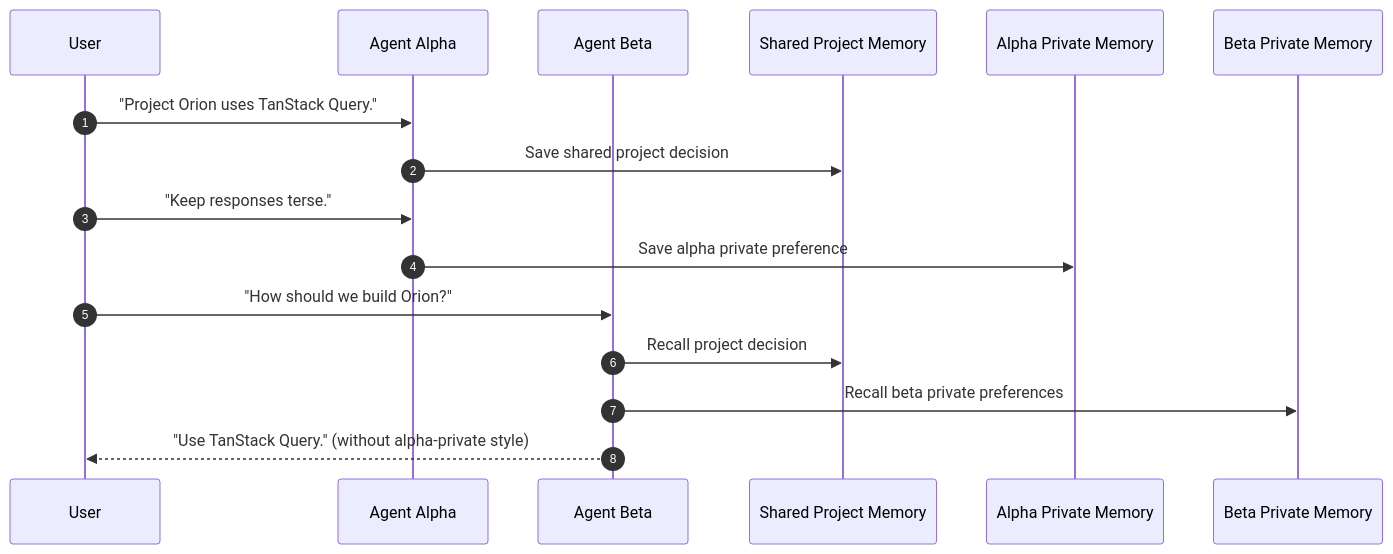
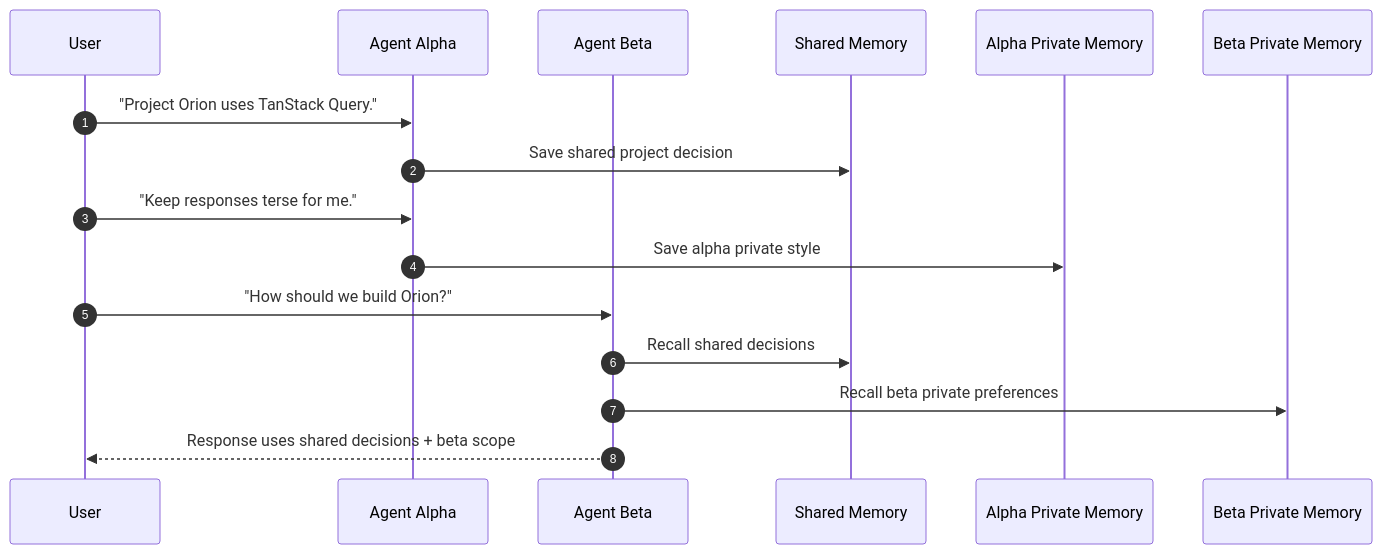
Before and after one commit to hipocampus-ai/openclaw-hipocampus: the second of 2 diagrams in README.md, drawn with Mermaid. The commit also changed other lines of this file, not shown here.

Commit message:
docs(readme): redesign with prompt-first examples and sequence diagrams

````diff
--- a/README.md
+++ b/README.md
@@ -98,19 +160,21 @@
 ```mermaid
 sequenceDiagram
   autonumber
   participant U as User
   participant A as Agent Alpha
   participant B as Agent Beta
-  participant S as Shared Project Memory
+  participant S as Shared Memory
   participant PA as Alpha Private Memory
   participant PB as Beta Private Memory
 
   U->>A: "Project Orion uses TanStack Query."
   A->>S: Save shared project decision
-  U->>A: "Keep responses terse."
-  A->>PA: Save alpha private preference
+
+  U->>A: "Keep responses terse for me."
+  A->>PA: Save alpha private style
+
   U->>B: "How should we build Orion?"
-  B->>S: Recall project decision
+  B->>S: Recall shared decisions
   B->>PB: Recall beta private preferences
-  B-->>U: "Use TanStack Query." (without alpha-private style)
+  B-->>U: Response uses shared decisions + beta scope
 ```
````
